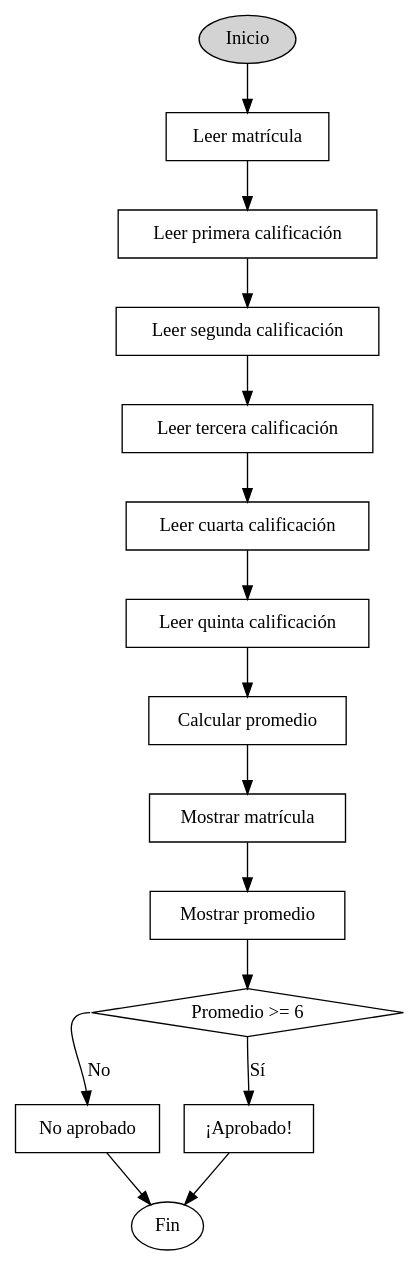
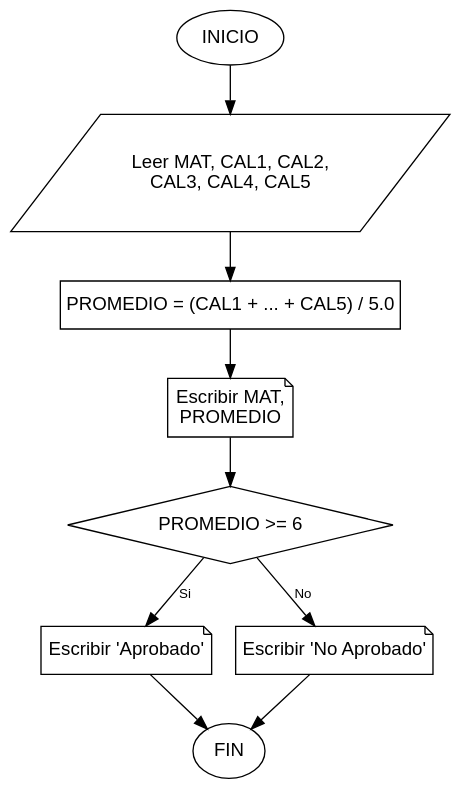
One commit to 23Leilany166/java-tutor-tics changed the diagram in Ejercicios/Problema_2_4/Diagrama/Problema_2_4.dot. Above: the diagram before and after it, drawn with Graphviz. The commit also changed 248 other files, not shown here.

```diff
--- a/Ejercicios/Problema_2_4/Diagrama/Problema_2_4.dot
+++ b/Ejercicios/Problema_2_4/Diagrama/Problema_2_4.dot
@@ -1,33 +1,23 @@
-digraph VerificarAprobacion {
-  node [shape=box];
+digraph Problema_2_4 {
+    // Configuración
+    graph [bgcolor="transparent"];
+    node [shape=rect, fontname="Arial", margin="0.1,0.1"];
+    edge [fontname="Arial", fontsize=10];
 
-  Inicio [shape=ellipse, label="Inicio", style="filled"];
-  LeerMatricula [label="Leer matrícula"];
-  LeerCal1 [label="Leer primera calificación"];
-  LeerCal2 [label="Leer segunda calificación"];
-  LeerCal3 [label="Leer tercera calificación"];
-  LeerCal4 [label="Leer cuarta calificación"];
-  LeerCal5 [label="Leer quinta calificación"];
-  CalcularPromedio [label="Calcular promedio"];
-  MostrarMatricula [label="Mostrar matrícula"];
-  MostrarPromedio [label="Mostrar promedio"];
-  Condicion [shape=diamond, label="Promedio >= 6"];
-  Aprobado [label="¡Aprobado!"];
-  NoAprobado [label="No aprobado"];
-  Fin [shape=ellipse, label="Fin"];
+    // Nodos
+    INICIO [shape=ellipse, label="INICIO"];
+    LEER_DATOS [shape=parallelogram, label="Leer MAT, CAL1, CAL2,\nCAL3, CAL4, CAL5"];
+    CALCULAR_PROMEDIO [label="PROMEDIO = (CAL1 + ... + CAL5) / 5.0"];
+    IMPRIMIR_DATOS [shape=note, label="Escribir MAT,\nPROMEDIO"];
+    CONDICION [shape=diamond, label="PROMEDIO >= 6"];
+    IMPRIMIR_APROBADO [shape=note, label="Escribir 'Aprobado'"];
+    IMPRIMIR_NO_APROBADO [shape=note, label="Escribir 'No Aprobado'"];
+    FIN [shape=ellipse, label="FIN"];
 
-  Inicio -> LeerMatricula;
-  LeerMatricula -> LeerCal1;
-  LeerCal1 -> LeerCal2;
-  LeerCal2 -> LeerCal3;
-  LeerCal3 -> LeerCal4;
-  LeerCal4 -> LeerCal5;
-  LeerCal5 -> CalcularPromedio;
-  CalcularPromedio -> MostrarMatricula;
-  MostrarMatricula -> MostrarPromedio;
-  MostrarPromedio -> Condicion;
-  Condicion -> Aprobado [label="Sí", tailport=s, headport=n];
-  Condicion -> NoAprobado [label="No", tailport=w, headport=n];
-  Aprobado -> Fin;
-  NoAprobado -> Fin;
+    // Conexiones
+    INICIO -> LEER_DATOS -> CALCULAR_PROMEDIO -> IMPRIMIR_DATOS -> CONDICION;
+    CONDICION -> IMPRIMIR_APROBADO [label="Si"];
+    CONDICION -> IMPRIMIR_NO_APROBADO [label="No"];
+    IMPRIMIR_APROBADO -> FIN;
+    IMPRIMIR_NO_APROBADO -> FIN;
 }
```
